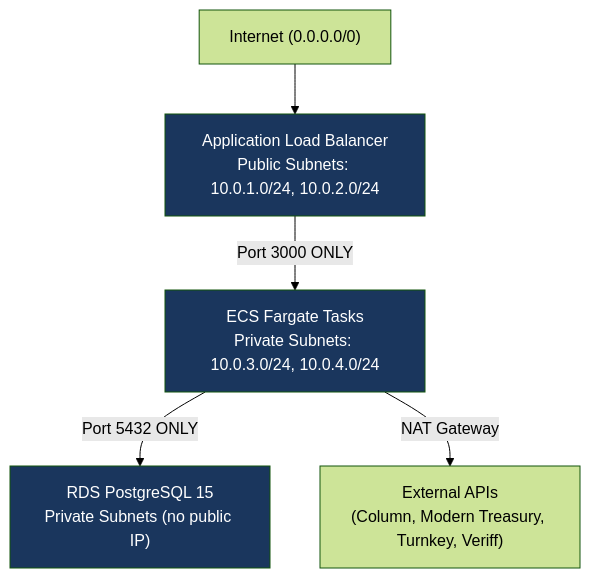
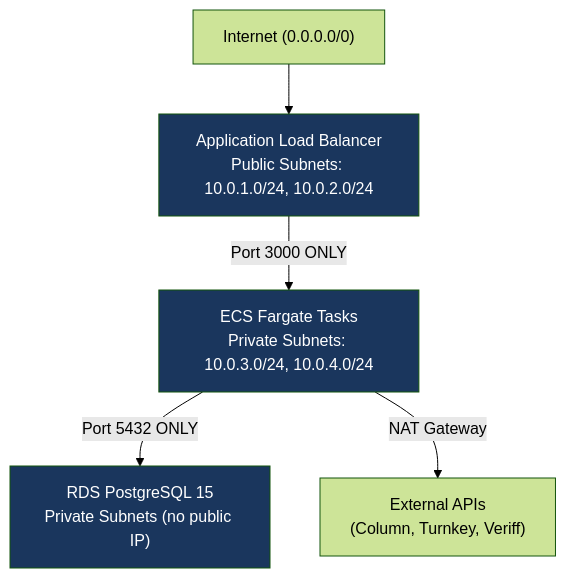
One commit to bbarnes4318/aurumshield changed the first of 4 diagrams in docs/security-report.md. Above: the diagram before and after it, drawn with Mermaid (forest theme). The commit also changed other lines of this file and 80 other files, not shown here.

````diff
--- a/docs/security-report.md
+++ b/docs/security-report.md
@@ -91,11 +91,11 @@
 ```mermaid
 graph TB
     Internet["Internet (0.0.0.0/0)"] --> ALB["Application Load Balancer<br/>Public Subnets: 10.0.1.0/24, 10.0.2.0/24"]
     ALB -->|"Port 3000 ONLY"| ECS["ECS Fargate Tasks<br/>Private Subnets: 10.0.3.0/24, 10.0.4.0/24"]
     ECS -->|"Port 5432 ONLY"| RDS["RDS PostgreSQL 15<br/>Private Subnets (no public IP)"]
-    ECS -->|"NAT Gateway"| ExternalAPIs["External APIs<br/>(Column, Modern Treasury, Turnkey, Veriff)"]
+    ECS -->|"NAT Gateway"| ExternalAPIs["External APIs<br/>(Column, Turnkey, Veriff)"]
     
     style ALB fill:#1a365d,color:#fff
     style ECS fill:#1a365d,color:#fff
     style RDS fill:#1a365d,color:#fff
 ```
````
